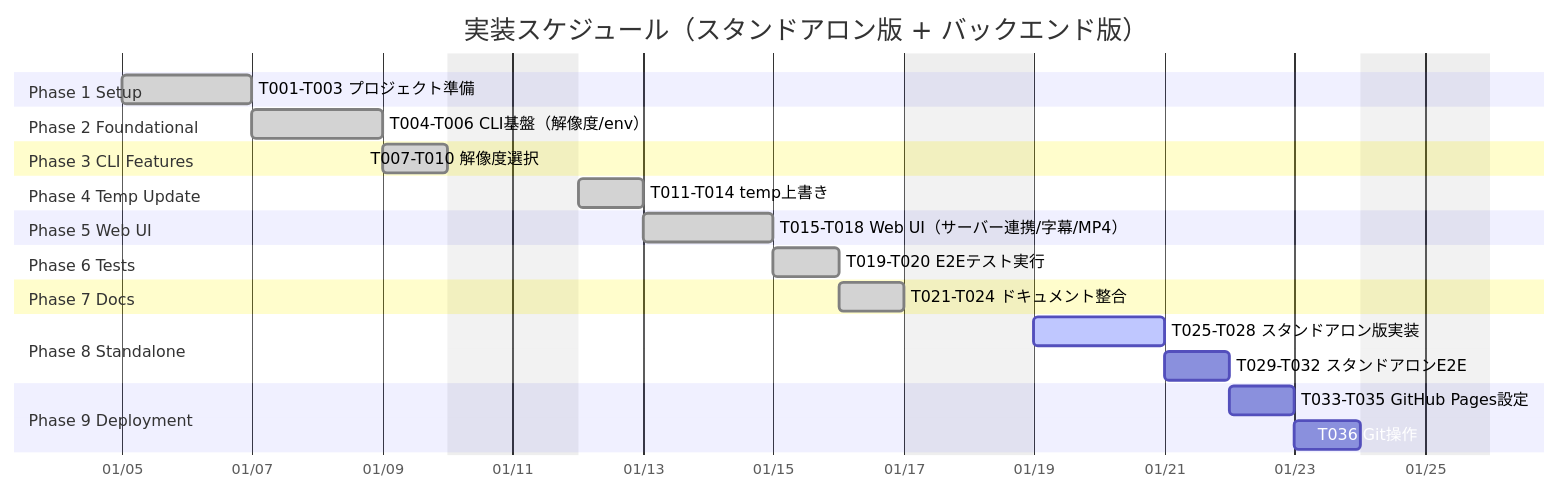
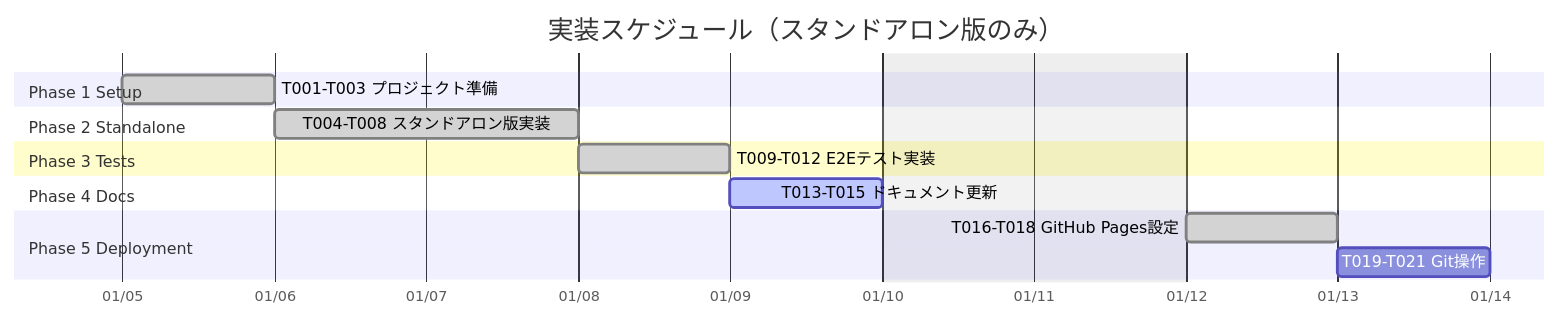
One commit to J1921604/Slide-Voice-Maker_standalone changed the first of 2 diagrams in specs/001-Slide-Voice-Maker/tasks.md. Above: the diagram before and after it, drawn with Mermaid. The commit also changed other lines of this file and 29 other files, not shown here.

````diff
--- a/specs/001-Slide-Voice-Maker/tasks.md
+++ b/specs/001-Slide-Voice-Maker/tasks.md
@@ -18,36 +19,23 @@
 ```mermaid
 gantt
-    title 実装スケジュール（スタンドアロン版 + バックエンド版）
+    title 実装スケジュール（スタンドアロン版のみ）
     dateFormat YYYY-MM-DD
     axisFormat %m/%d
-    excludes weekends
+    excludes weekends 2026-12-27 2026-12-28 2026-12-29 2026-12-30 2026-12-31 2027-01-01 2027-01-02 2027-01-03 2027-01-04
 
     section Phase 1 Setup
-    T001-T003 プロジェクト準備                :done, p1, 2026-01-05, 2d
+    T001-T003 プロジェクト準備                :done, p1, 2026-01-05, 1d
 
-    section Phase 2 Foundational
-    T004-T006 CLI基盤（解像度/env）            :done, p2, after p1, 2d
+    section Phase 2 Standalone
+    T004-T008 スタンドアロン版実装              :done, p2, after p1, 2d
 
-    section Phase 3 CLI Features
-    T007-T010 解像度選択                       :done, p3, after p2, 1d
+    section Phase 3 Tests
+    T009-T012 E2Eテスト実装                    :done, p3, after p2, 1d
 
-    section Phase 4 Temp Update
-    T011-T014 temp上書き                       :done, p4, after p3, 1d
+    section Phase 4 Docs
+    T013-T015 ドキュメント更新                  :active, p4, after p3, 1d
 
-    section Phase 5 Web UI
-    T015-T018 Web UI（サーバー連携/字幕/MP4）   :done, p5, after p4, 2d
-
-    section Phase 6 Tests
-    T019-T020 E2Eテスト実行                    :done, p6, after p5, 1d
-
-    section Phase 7 Docs
-    T021-T024 ドキュメント整合                  :done, p7, after p6, 1d
-
-    section Phase 8 Standalone
-    T025-T028 スタンドアロン版実装              :active, p8, after p7, 2d
-    T029-T032 スタンドアロンE2E                 :p9, after p8, 1d
-
-    section Phase 9 Deployment
-    T033-T035 GitHub Pages設定                 :p10, after p9, 1d
-    T036 Git操作                               :p11, after p10, 1d
+    section Phase 5 Deployment
+    T016-T018 GitHub Pages設定                 :done, p5, after p4, 1d
+    T019-T021 Git操作                          :p6, after p5, 1d
 ```
````
